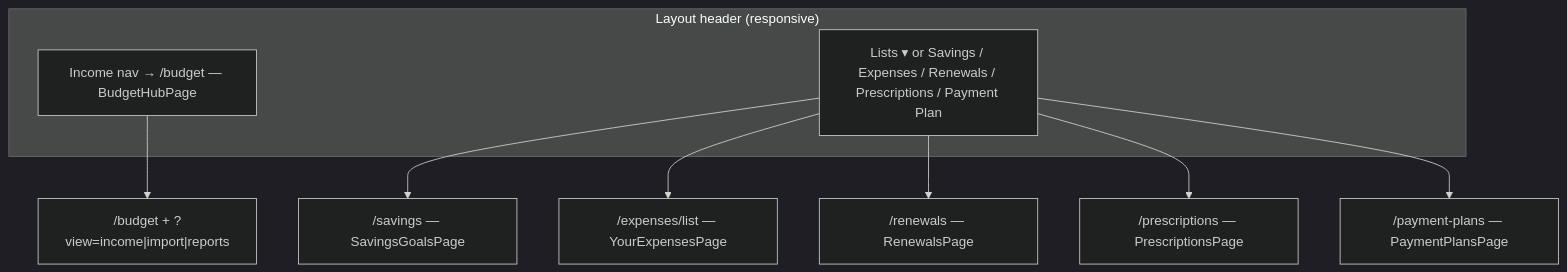
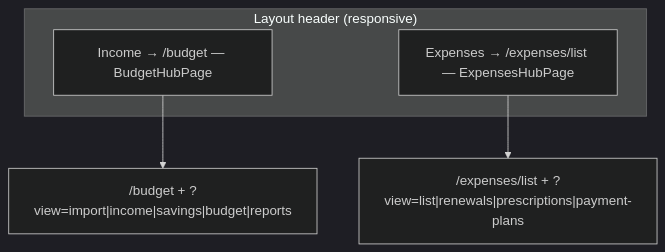
One commit to becomeonewiththecode/expense_tracker changed the seventh of 20 diagrams in docs/ARCHITECTURE_DIAGRAM.md. Above: the diagram before and after it, drawn with Mermaid (dark theme). The commit also changed other lines of this file and 36 other files, not shown here.

````diff
--- a/docs/ARCHITECTURE_DIAGRAM.md
+++ b/docs/ARCHITECTURE_DIAGRAM.md
@@ -289,13 +289,9 @@
 ```mermaid
 flowchart TB
   subgraph hdr ["Layout header (responsive)"]
-    HUB["Income nav → /budget — BudgetHubPage"]
-    NAV["Lists ▾ or Savings / Expenses / Renewals / Prescriptions / Payment Plan"]
+    HUB["Income → /budget — BudgetHubPage"]
+    EXP["Expenses → /expenses/list — ExpensesHubPage"]
   end
-  HUB --> L5["/budget + ?view=income|import|reports"]
-  NAV --> Ls["/savings — SavingsGoalsPage"]
-  NAV --> L1["/expenses/list — YourExpensesPage"]
-  NAV --> L2["/renewals — RenewalsPage"]
-  NAV --> L3["/prescriptions — PrescriptionsPage"]
-  NAV --> L4["/payment-plans — PaymentPlansPage"]
+  HUB --> L5["/budget + ?view=import|income|savings|budget|reports"]
+  EXP --> L1["/expenses/list + ?view=list|renewals|prescriptions|payment-plans"]
 ```
````
